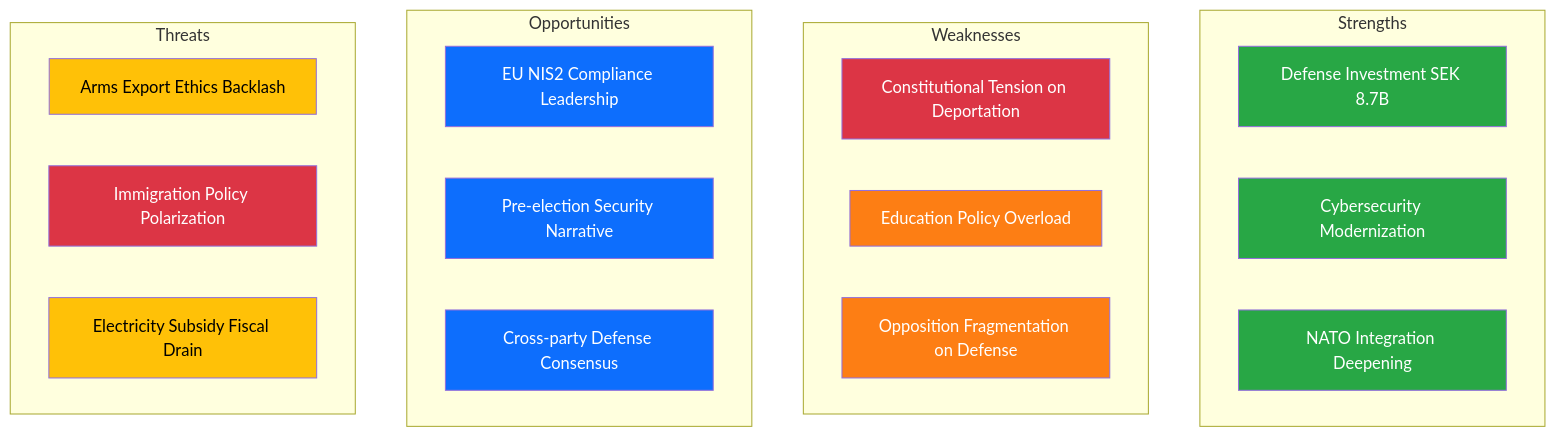
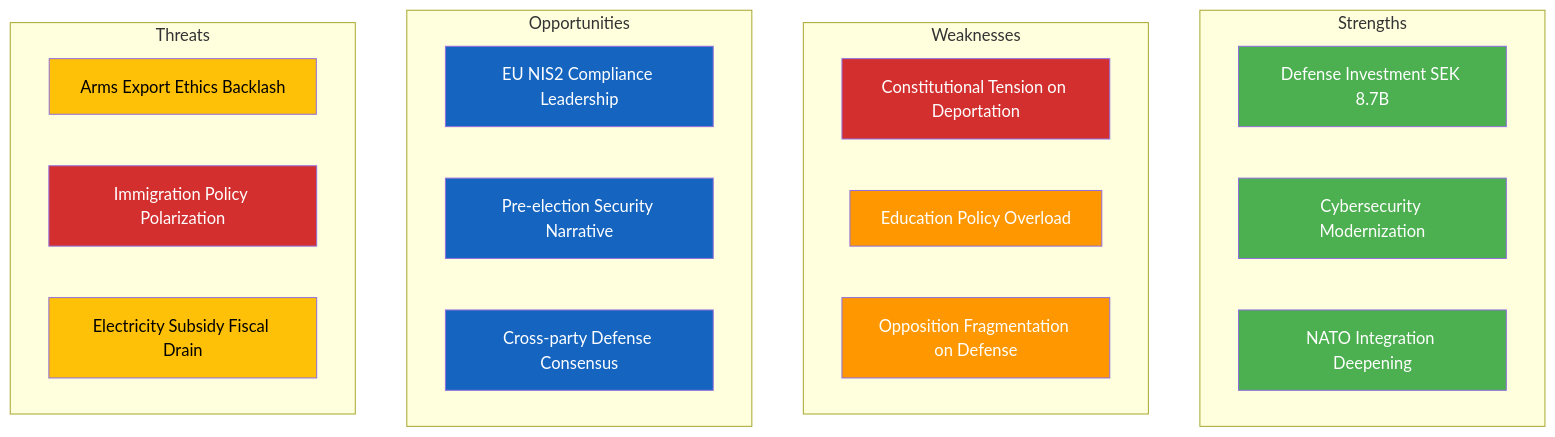
One commit to Hack23/riksdagsmonitor changed the second of 2 diagrams in analysis/daily/2026-04-03/evening-analysis/synthesis-summary.md. Above: the diagram before and after it, drawn with Mermaid. The commit also changed other lines of this file and 785 other files, not shown here.

First line of the commit message:
Normalize mermaid colors across 786 analysis artifacts to ISMS Style Guide palette

````diff
--- a/analysis/daily/2026-04-03/evening-analysis/synthesis-summary.md
+++ b/analysis/daily/2026-04-03/evening-analysis/synthesis-summary.md
@@ -55,35 +55,35 @@
 ```mermaid
 graph TB
     subgraph Strengths
         S1[Defense Investment SEK 8.7B]
         S2[Cybersecurity Modernization]
         S3[NATO Integration Deepening]
     end
     subgraph Weaknesses
         W1[Constitutional Tension on Deportation]
         W2[Education Policy Overload]
         W3[Opposition Fragmentation on Defense]
     end
     subgraph Opportunities
         O1[EU NIS2 Compliance Leadership]
         O2[Pre-election Security Narrative]
         O3[Cross-party Defense Consensus]
     end
     subgraph Threats
         T1[Arms Export Ethics Backlash]
         T2[Immigration Policy Polarization]
         T3[Electricity Subsidy Fiscal Drain]
     end
-    style S1 fill:#28a745,color:#fff
-    style S2 fill:#28a745,color:#fff
-    style S3 fill:#28a745,color:#fff
-    style W1 fill:#dc3545,color:#fff
-    style W2 fill:#fd7e14,color:#fff
-    style W3 fill:#fd7e14,color:#fff
-    style O1 fill:#0d6efd,color:#fff
-    style O2 fill:#0d6efd,color:#fff
-    style O3 fill:#0d6efd,color:#fff
-    style T1 fill:#ffc107,color:#000
-    style T2 fill:#dc3545,color:#fff
-    style T3 fill:#ffc107,color:#000
+    style S1 fill:#4CAF50,color:#FFFFFF
+    style S2 fill:#4CAF50,color:#FFFFFF
+    style S3 fill:#4CAF50,color:#FFFFFF
+    style W1 fill:#D32F2F,color:#FFFFFF
+    style W2 fill:#FF9800,color:#FFFFFF
+    style W3 fill:#FF9800,color:#FFFFFF
+    style O1 fill:#1565C0,color:#FFFFFF
+    style O2 fill:#1565C0,color:#FFFFFF
+    style O3 fill:#1565C0,color:#FFFFFF
+    style T1 fill:#FFC107,color:#000000
+    style T2 fill:#D32F2F,color:#FFFFFF
+    style T3 fill:#FFC107,color:#000000
 ```
````
